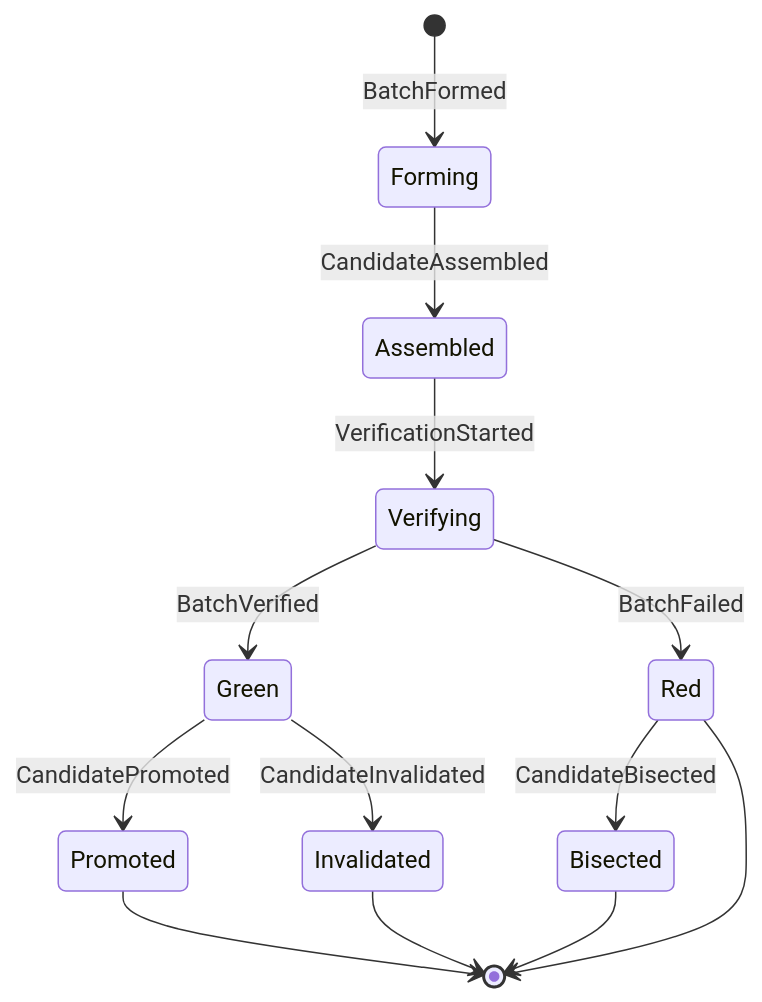
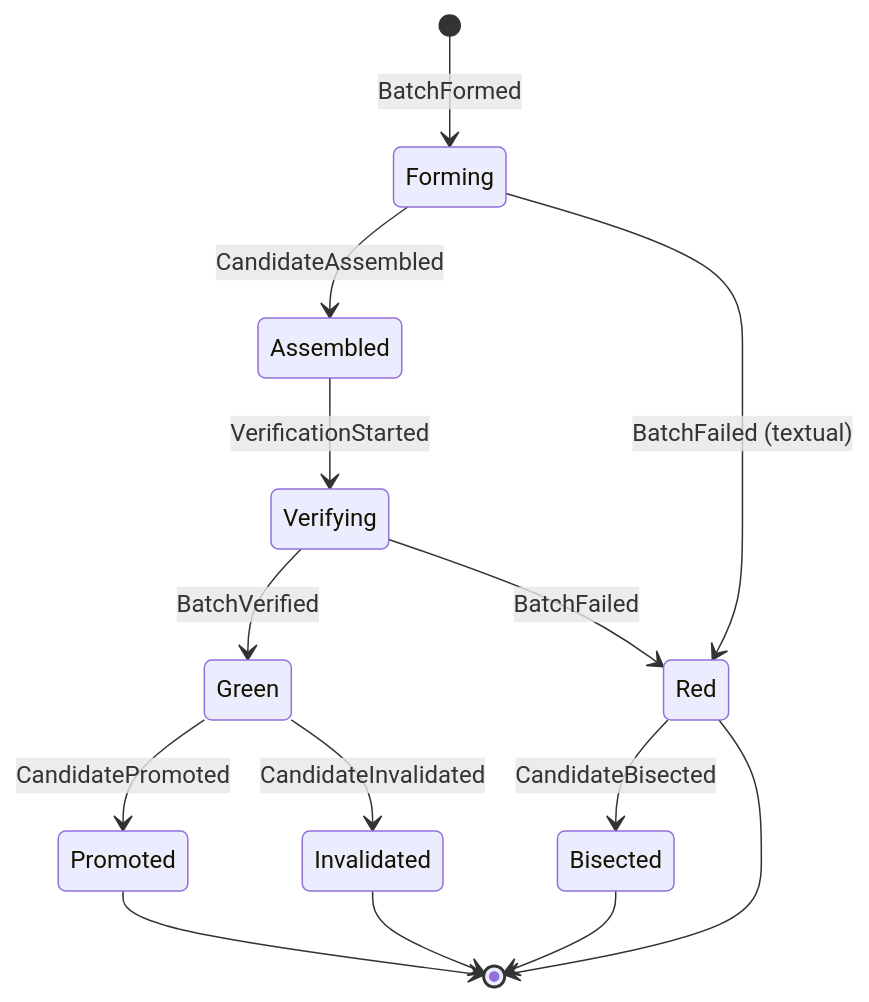
The fifth of 12 diagrams in docs/domain/state-machines.md (bimsonz/keel), drawn with Mermaid before and after one commit. The commit also changed other lines of this file and 3 other files, not shown here.

````diff
--- a/docs/domain/state-machines.md
+++ b/docs/domain/state-machines.md
@@ -191,15 +228,16 @@
 ```mermaid
 stateDiagram-v2
   [*] --> Forming: BatchFormed
   Forming --> Assembled: CandidateAssembled
+  Forming --> Red: BatchFailed (textual)
   Assembled --> Verifying: VerificationStarted
   Verifying --> Green: BatchVerified
   Verifying --> Red: BatchFailed
   Red --> Bisected: CandidateBisected
   Green --> Promoted: CandidatePromoted
   Green --> Invalidated: CandidateInvalidated
   Promoted --> [*]
   Invalidated --> [*]
   Bisected --> [*]
   Red --> [*]
 ```
````
